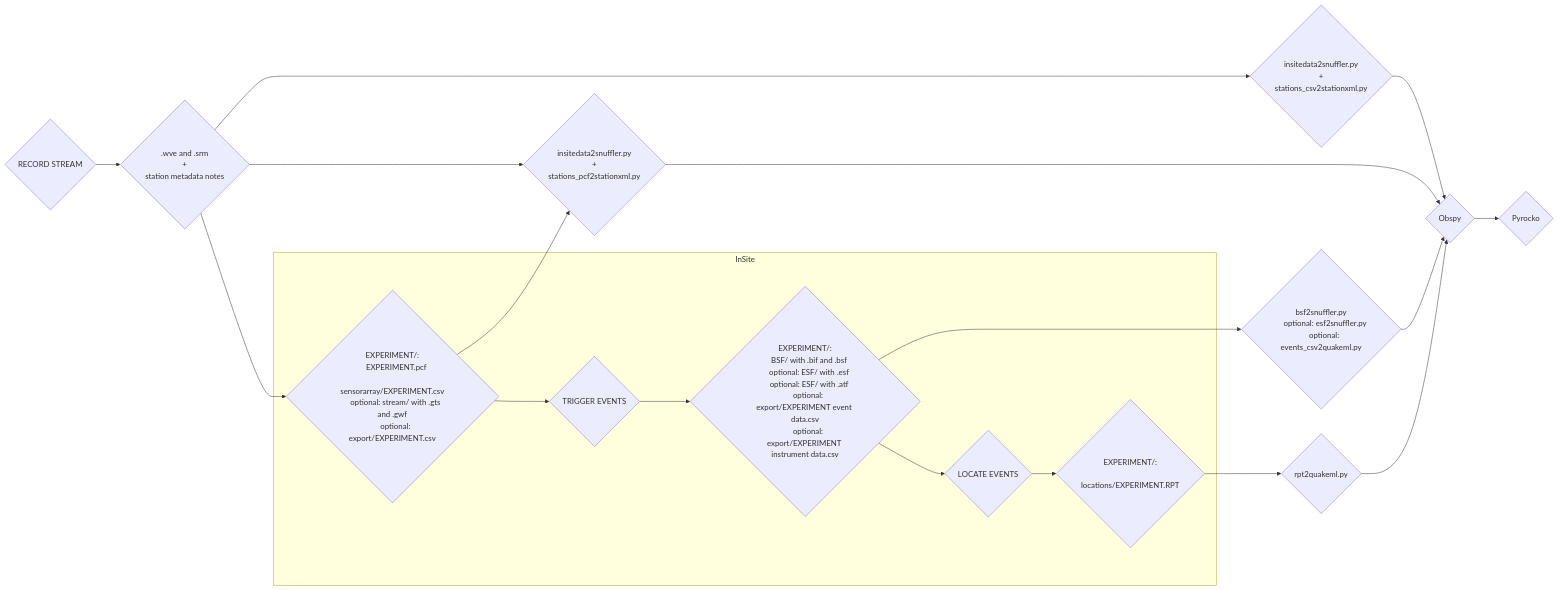
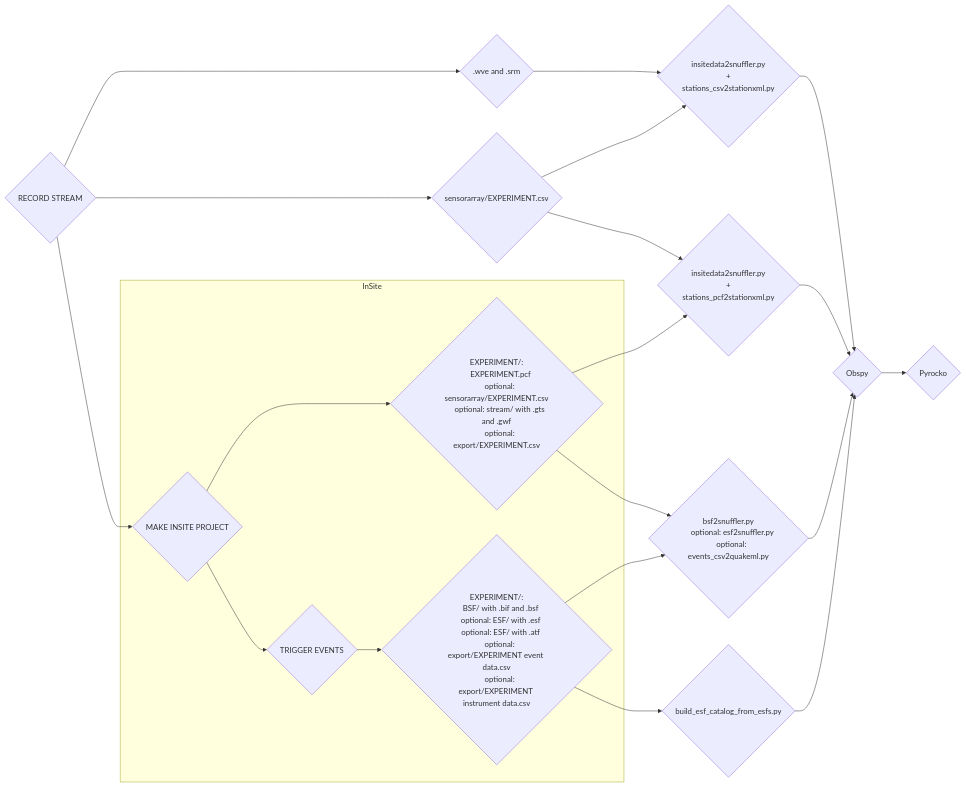
The diagram in RICHTER.md (hpht-rockearthquakemechanics/richterpy), drawn with Mermaid before and after one commit. The commit also changed 10 other files, not shown here.

````diff
--- a/RICHTER.md
+++ b/RICHTER.md
@@ -1,77 +1,72 @@
 ```mermaid
   graph LR;
-      A-->B;
-      B-->C;
+      A-->A1 & A2;
+      A-->B
       subgraph InSite
-      C-->D;
-      D-->E;
-      E-->F;
-      F-->G;
+      B-->B1;
+      B-->C
+      C-->C1;
       end
-      B-->O1;
-      B-->O2;
-      C-->O2;
-      E-->O3;
-      G-->O4;
+      A1 & A2 --> O1
+      A2 & B1 --> O2
+      B1 & C1 --> O3
+      C1 --> O4
       O1 & O2 & O3 & O4 --> O;
       O-->P;
 
 A{
     RECORD STREAM
 }
+A1{
+    .wve and .srm
+}
+A2{    
+    sensorarray/EXPERIMENT.csv
+}
 B{
-    .wve and .srm
-    +
-    station metadata notes
+    MAKE INSITE PROJECT
 }
-C{
+B1{
     EXPERIMENT/:
     EXPERIMENT.pcf
-    sensorarray/EXPERIMENT.csv
+    optional: sensorarray/EXPERIMENT.csv
     optional: stream/ with .gts and .gwf
     optional: export/EXPERIMENT.csv
 }
-D{
+C{
     TRIGGER EVENTS
 }
-E{
+C1{
     EXPERIMENT/:
     BSF/ with .bif and .bsf
     optional: ESF/ with .esf
     optional: ESF/ with .atf
     optional: export/EXPERIMENT event data.csv
     optional: export/EXPERIMENT instrument data.csv
-}
-F{
-    LOCATE EVENTS
-}
-G{
-    EXPERIMENT/:
-    locations/EXPERIMENT.RPT
 }
 O1{
     insitedata2snuffler.py
     +
     stations_csv2stationxml.py
 }
 O2{
     insitedata2snuffler.py
     +
     stations_pcf2stationxml.py
 }
 O3{
     bsf2snuffler.py
     optional: esf2snuffler.py
     optional: events_csv2quakeml.py
 
 }
 O4{
-    rpt2quakeml.py
+    build_esf_catalog_from_esfs.py
 }
 O{
     Obspy
 }
 P{
     Pyrocko
 }
 ```
````
